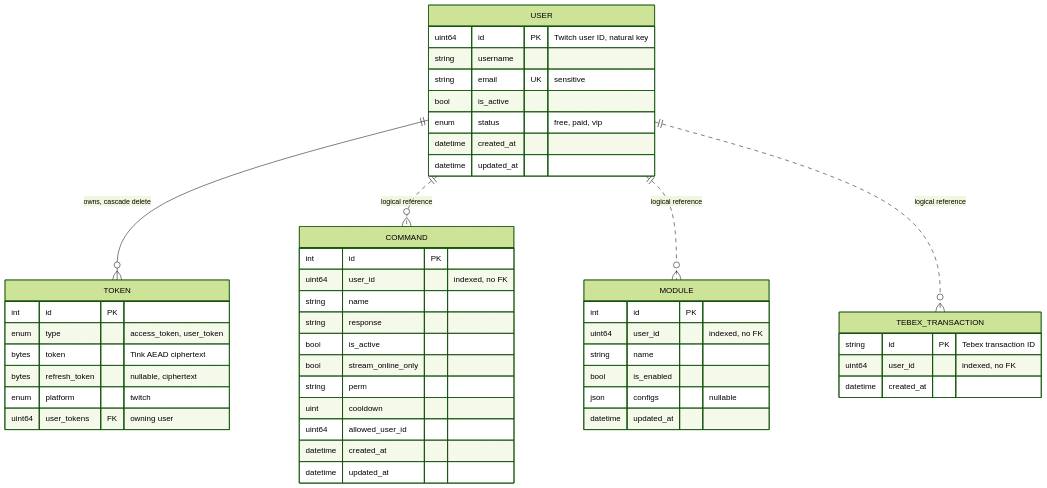
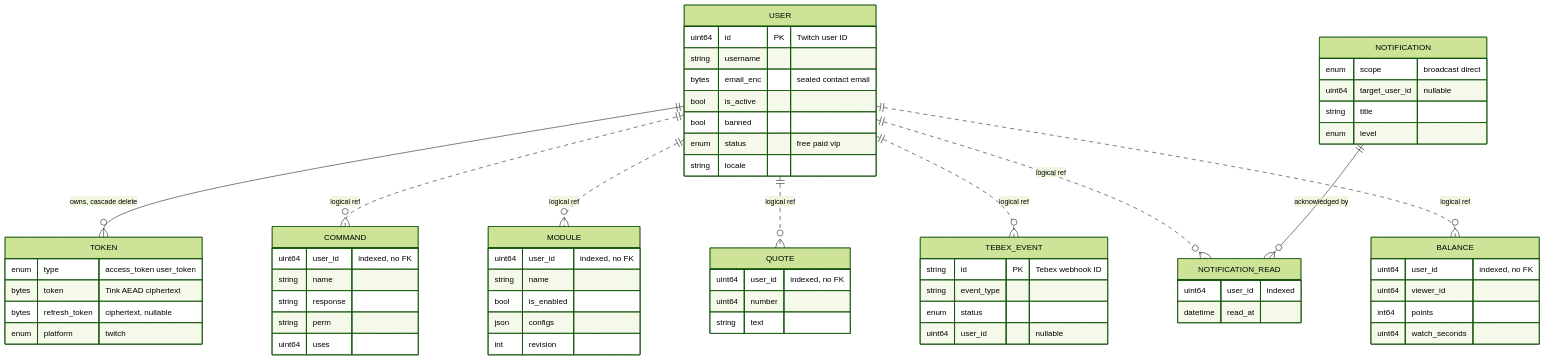
Before and after one commit to AdamOusmer/ItsBagelBot: the first of 7 diagrams in docs/src/content/docs/data-and-state/database.md, drawn with Mermaid (forest theme). The commit also changed other lines of this file and 27 other files, not shown here.

````diff
--- a/docs/src/content/docs/data-and-state/database.md
+++ b/docs/src/content/docs/data-and-state/database.md
@@ -19,51 +37,68 @@
 ```mermaid
 erDiagram
     USER ||--o{ TOKEN : "owns, cascade delete"
-    USER ||..o{ COMMAND : "logical reference"
-    USER ||..o{ MODULE : "logical reference"
-    USER ||..o{ TEBEX_TRANSACTION : "logical reference"
+    USER ||..o{ COMMAND : "logical ref"
+    USER ||..o{ MODULE : "logical ref"
+    USER ||..o{ QUOTE : "logical ref"
+    USER ||..o{ TEBEX_EVENT : "logical ref"
+    USER ||..o{ NOTIFICATION_READ : "logical ref"
+    USER ||..o{ BALANCE : "logical ref"
+    NOTIFICATION ||--o{ NOTIFICATION_READ : "acknowledged by"
 
     USER {
-        uint64 id PK "Twitch user ID, natural key"
+        uint64 id PK "Twitch user ID"
         string username
-        string email UK "sensitive"
+        bytes email_enc "sealed contact email"
         bool is_active
-        enum status "free, paid, vip"
-        datetime created_at
-        datetime updated_at
+        bool banned
+        enum status "free paid vip"
+        string locale
     }
     TOKEN {
-        int id PK
-        enum type "access_token, user_token"
+        enum type "access_token user_token"
         bytes token "Tink AEAD ciphertext"
-        bytes refresh_token "nullable, ciphertext"
+        bytes refresh_token "ciphertext, nullable"
         enum platform "twitch"
-        uint64 user_tokens FK "owning user"
     }
     COMMAND {
-        int id PK
         uint64 user_id "indexed, no FK"
         string name
         string response
-        bool is_active
-        bool stream_online_only
         string perm
-        uint cooldown
-        uint64 allowed_user_id
-        datetime created_at
-        datetime updated_at
+        uint64 uses
     }
     MODULE {
-        int id PK
         uint64 user_id "indexed, no FK"
         string name
         bool is_enabled
-        json configs "nullable"
-        datetime updated_at
+        json configs
+        int revision
     }
-    TEBEX_TRANSACTION {
-        string id PK "Tebex transaction ID"
+    QUOTE {
         uint64 user_id "indexed, no FK"
-        datetime created_at
+        uint64 number
+        string text
+    }
+    TEBEX_EVENT {
+        string id PK "Tebex webhook ID"
+        string event_type
+        enum status
+        uint64 user_id "nullable"
+    }
+    NOTIFICATION {
+        enum scope "broadcast direct"
+        uint64 target_user_id "nullable"
+        string title
+        enum level
+    }
+    NOTIFICATION_READ {
+        uint64 user_id "indexed"
+        datetime read_at
+    }
+    BALANCE {
+        uint64 user_id "indexed, no FK"
+        uint64 viewer_id
+        int64 points
+        uint64 watch_seconds
     }
 ```
````
